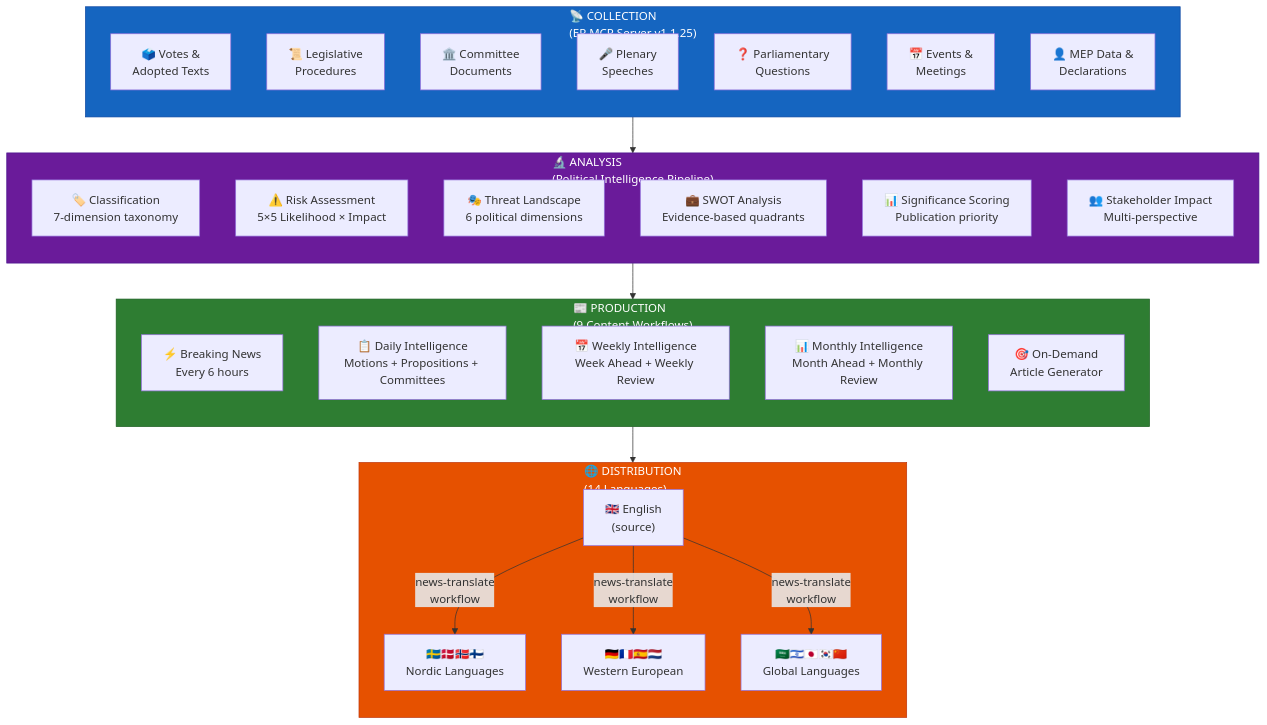
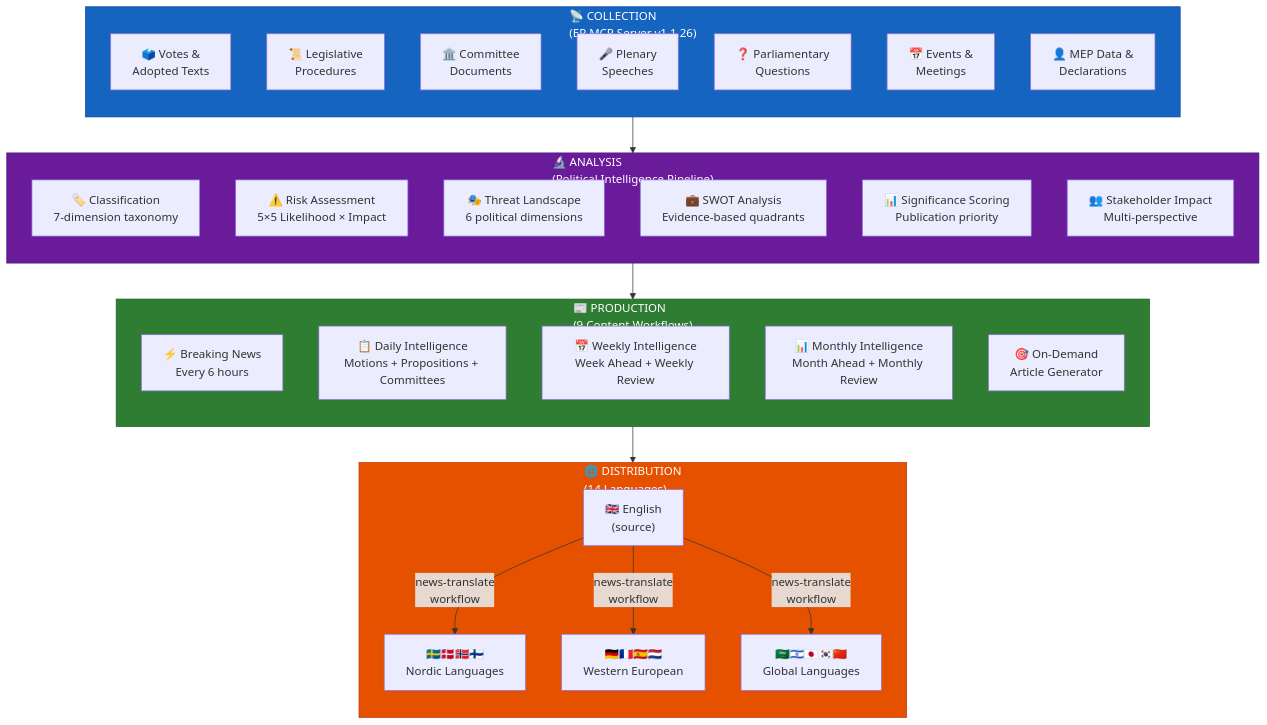
Before and after one commit to Hack23/euparliamentmonitor: diagram 18 of 21 in WORKFLOWS.md, drawn with Mermaid. The commit also changed other lines of this file and 27 other files, not shown here.

````diff
--- a/WORKFLOWS.md
+++ b/WORKFLOWS.md
@@ -1625,48 +1625,48 @@
 ```mermaid
 flowchart TD
-    subgraph Collection["📡 COLLECTION<br/>(EP MCP Server v1.1.25)"]
+    subgraph Collection["📡 COLLECTION<br/>(EP MCP Server v1.1.26)"]
         direction TB
         C1["🗳️ Votes &<br/>Adopted Texts"]
         C2["📜 Legislative<br/>Procedures"]
         C3["🏛️ Committee<br/>Documents"]
         C4["🎤 Plenary<br/>Speeches"]
         C5["❓ Parliamentary<br/>Questions"]
         C6["📅 Events &<br/>Meetings"]
         C7["👤 MEP Data &<br/>Declarations"]
     end
 
     subgraph Analysis["🔬 ANALYSIS<br/>(Political Intelligence Pipeline)"]
         direction TB
         A1["🏷️ Classification<br/>7-dimension taxonomy"]
         A2["⚠️ Risk Assessment<br/>5×5 Likelihood × Impact"]
         A3["🎭 Threat Landscape<br/>6 political dimensions"]
         A4["💼 SWOT Analysis<br/>Evidence-based quadrants"]
         A5["📊 Significance Scoring<br/>Publication priority"]
         A6["👥 Stakeholder Impact<br/>Multi-perspective"]
     end
 
     subgraph Production["📰 PRODUCTION<br/>(9 Content Workflows)"]
         direction TB
         P1["⚡ Breaking News<br/>Every 6 hours"]
         P2["📋 Daily Intelligence<br/>Motions + Propositions + Committees"]
         P3["📅 Weekly Intelligence<br/>Week Ahead + Weekly Review"]
         P4["📊 Monthly Intelligence<br/>Month Ahead + Monthly Review"]
         P5["🎯 On-Demand<br/>Article Generator"]
     end
 
     subgraph Distribution["🌐 DISTRIBUTION<br/>(14 Languages)"]
         direction TB
         D1["🇬🇧 English<br/>(source)"]
         D2["🇸🇪🇩🇰🇳🇴🇫🇮<br/>Nordic Languages"]
         D3["🇩🇪🇫🇷🇪🇸🇳🇱<br/>Western European"]
         D4["🇸🇦🇮🇱🇯🇵🇰🇷🇨🇳<br/>Global Languages"]
     end
 
     Collection --> Analysis --> Production --> D1
     D1 --> |"news-translate<br/>workflow"| D2 & D3 & D4
 
     style Collection fill:#1565C0,stroke:#0D47A1,color:#FFFFFF
     style Analysis fill:#6A1B9A,stroke:#4A148C,color:#FFFFFF
     style Production fill:#2E7D32,stroke:#1B5E20,color:#FFFFFF
     style Distribution fill:#E65100,stroke:#BF360C,color:#FFFFFF
 ```
````
